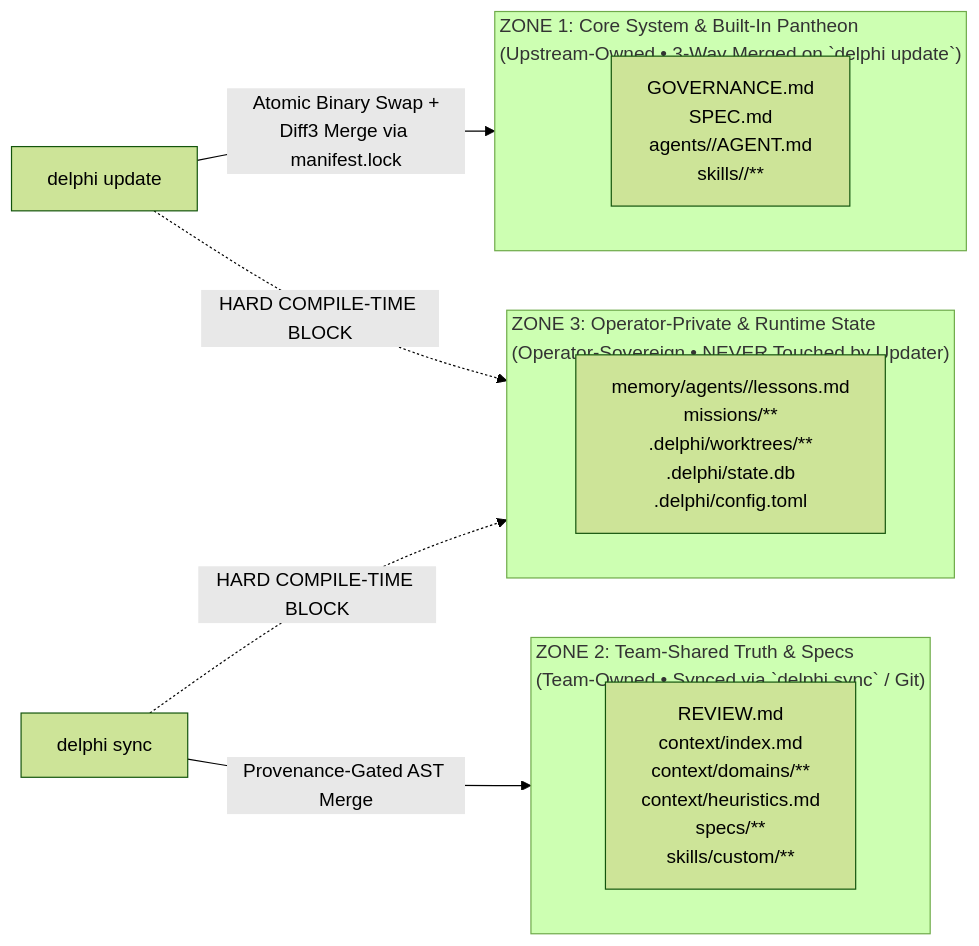
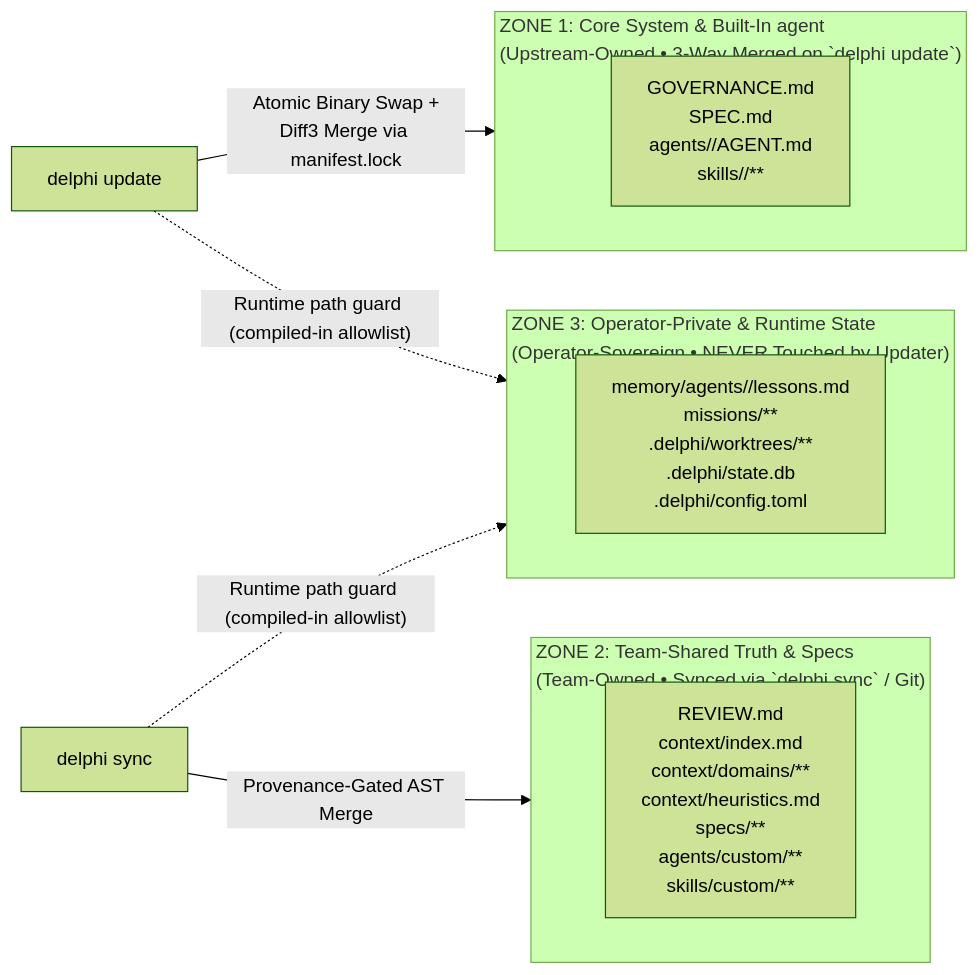
The diagram in specs/006-installer-and-updater.md (jessevondoom/delphi), drawn with Mermaid (forest theme) before and after one commit. The commit also changed other lines of this file and 73 other files, not shown here.

````diff
--- a/specs/006-installer-and-updater.md
+++ b/specs/006-installer-and-updater.md
@@ -48,19 +54,19 @@
 ```mermaid
 flowchart LR
-    subgraph Zone1 ["ZONE 1: Core System & Built-In Pantheon\n(Upstream-Owned • 3-Way Merged on `delphi update`)"]
-        Z1["GOVERNANCE.md\nSPEC.md\nagents/<god>/AGENT.md\nskills/<builtin>/**"]
+    subgraph Zone1 ["ZONE 1: Core System & Built-In agent\n(Upstream-Owned • 3-Way Merged on `delphi update`)"]
+        Z1["GOVERNANCE.md\nSPEC.md\nagents/<role>/AGENT.md\nskills/<builtin>/**"]
     end
 
     subgraph Zone2 ["ZONE 2: Team-Shared Truth & Specs\n(Team-Owned • Synced via `delphi sync` / Git)"]
-        Z2["REVIEW.md\ncontext/index.md\ncontext/domains/**\ncontext/heuristics.md\nspecs/**\nskills/custom/**"]
+        Z2["REVIEW.md\ncontext/index.md\ncontext/domains/**\ncontext/heuristics.md\nspecs/**\nagents/custom/**\nskills/custom/**"]
     end
 
     subgraph Zone3 ["ZONE 3: Operator-Private & Runtime State\n(Operator-Sovereign • NEVER Touched by Updater)"]
-        Z3["memory/agents/<god>/lessons.md\nmissions/**\n.delphi/worktrees/**\n.delphi/state.db\n.delphi/config.toml"]
+        Z3["memory/agents/<role>/lessons.md\nmissions/**\n.delphi/worktrees/**\n.delphi/state.db\n.delphi/config.toml"]
     end
 
     Update["`delphi update`"] -->|"Atomic Binary Swap +\nDiff3 Merge via manifest.lock"| Zone1
     Sync["`delphi sync`"] -->|"Provenance-Gated AST Merge"| Zone2
-    Update -.->|"HARD COMPILE-TIME BLOCK"| Zone3
-    Sync -.->|"HARD COMPILE-TIME BLOCK"| Zone3
+    Update -.->|"Runtime path guard (compiled-in allowlist)"| Zone3
+    Sync -.->|"Runtime path guard (compiled-in allowlist)"| Zone3
 ```
````
